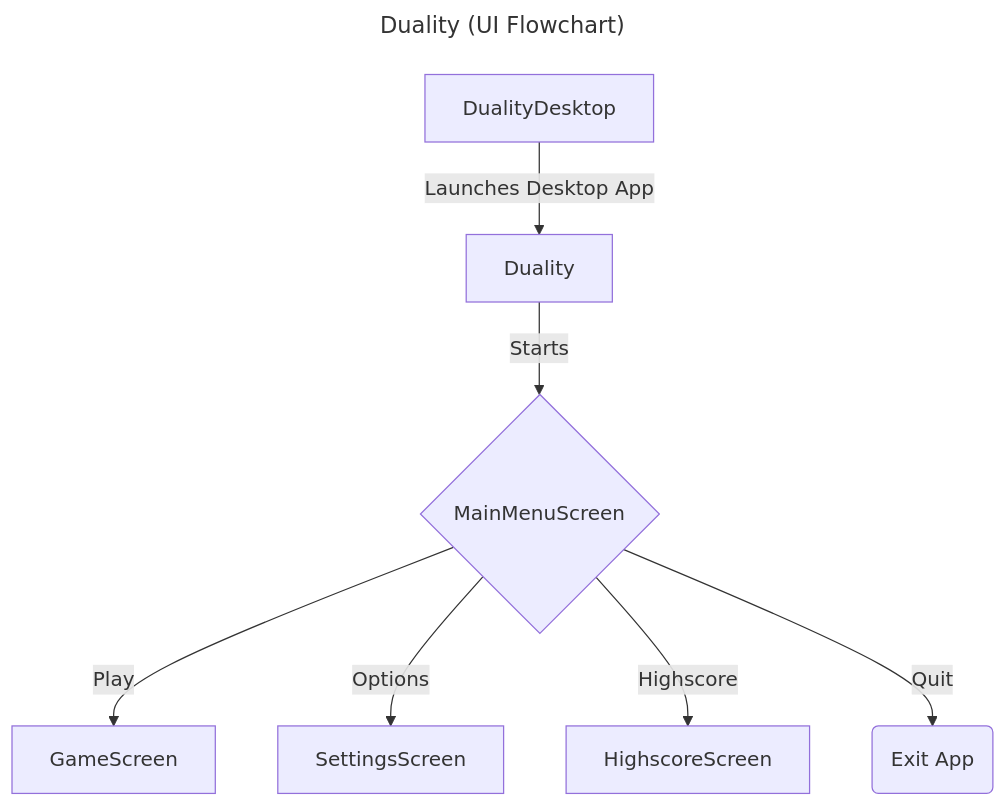
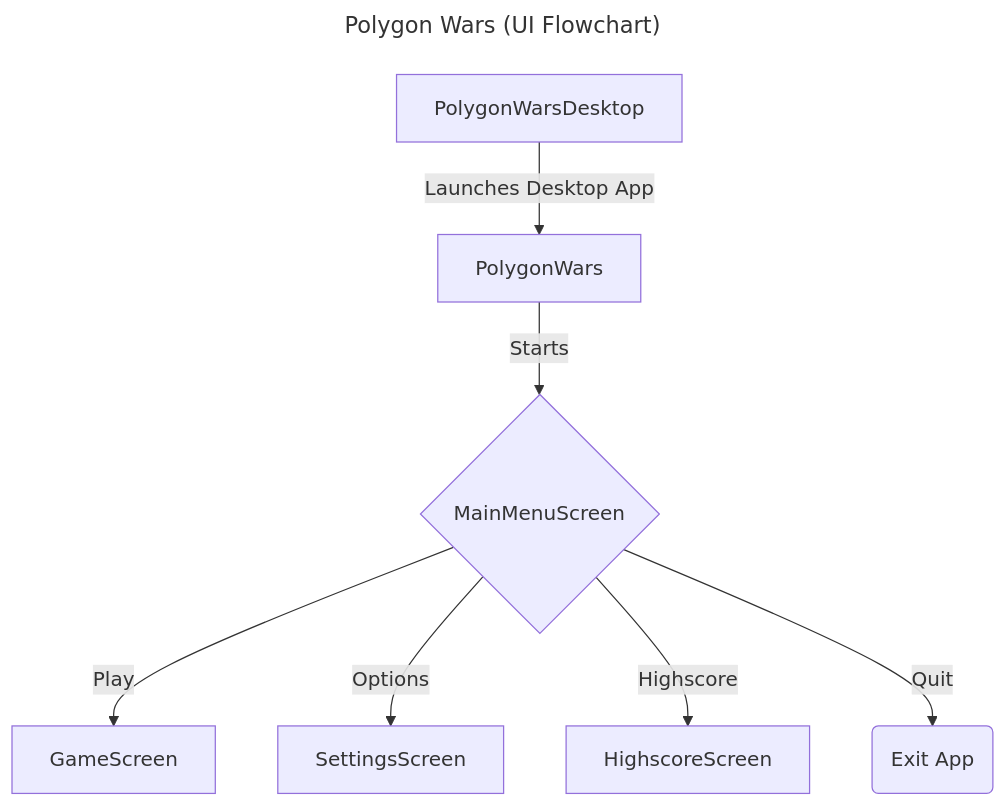
Before and after one commit to Programming-Project-2021-22/course-project-davidfabio: the diagram in UI-FLOWCHART.md, drawn with Mermaid. The commit also changed 7 other files, not shown here.

Commit message:
Update Class Diagrams for current Project State

````diff
--- a/UI-FLOWCHART.md
+++ b/UI-FLOWCHART.md
@@ -1,12 +1,12 @@
 ```mermaid
 ---
-title: Duality (UI Flowchart)
+title: Polygon Wars (UI Flowchart)
 ---
 flowchart TD
-    A[DualityDesktop] -->|Launches Desktop App| B[Duality]
+    A[PolygonWarsDesktop] -->|Launches Desktop App| B[PolygonWars]
     B --> |Starts| C{MainMenuScreen}
     C -->|Play| D[GameScreen]
     C -->|Options| E[SettingsScreen]
     C -->|Highscore| F[HighscoreScreen]
     C -->|Quit| G(Exit App)
 ```
````
